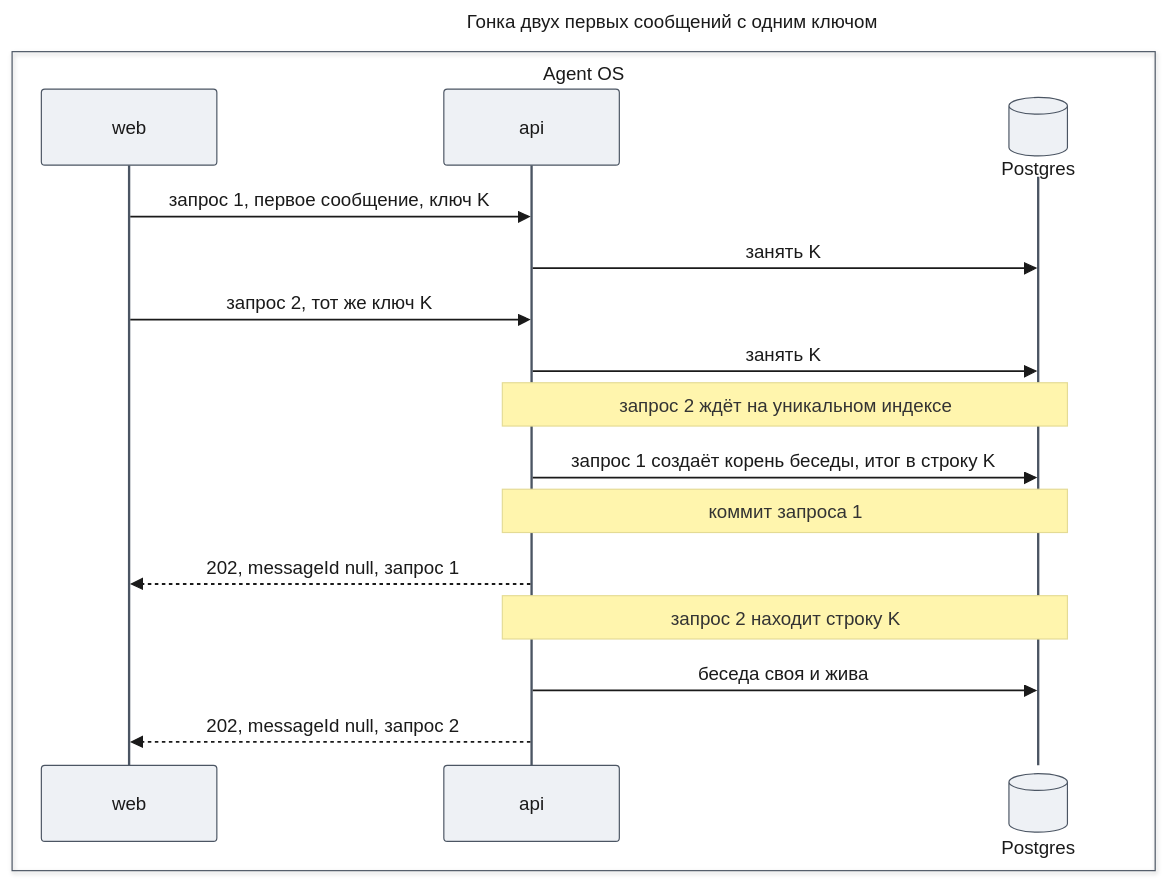
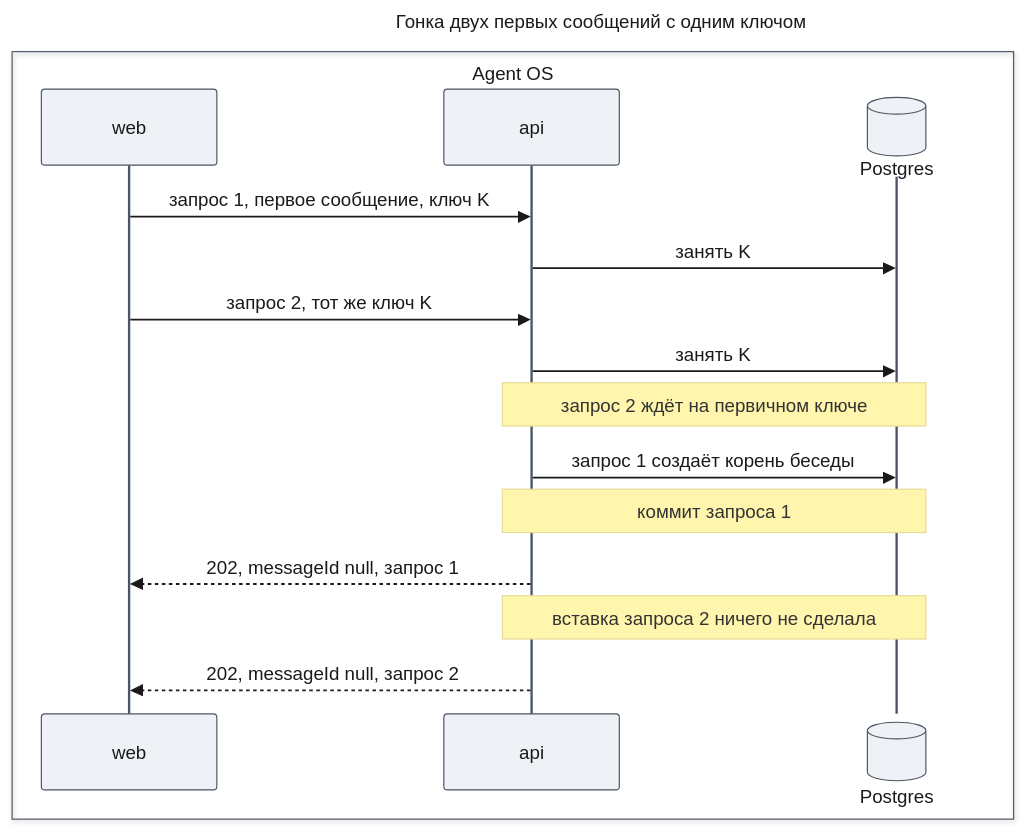
Before and after one commit to tundraray/agent-os: the fifth of 5 diagrams in docs/features/runtime-fixes/design-send.md, drawn with Mermaid. The commit also changed other lines of this file and 3 other files, not shown here.

````diff
--- a/docs/features/runtime-fixes/design-send.md
+++ b/docs/features/runtime-fixes/design-send.md
@@ -327,41 +309,39 @@
 ```mermaid
 ---
 title: "Гонка двух первых сообщений с одним ключом"
 config:
   theme: base
   look: classic
   themeVariables:
     primaryColor: "#eef1f5"
     primaryBorderColor: "#4b5563"
     primaryTextColor: "#1a1a1a"
     lineColor: "#6b7280"
   themeCSS: |
-    @keyframes lit_f2send{0%,11.25%{stroke:#991b1b;stroke-width:6px}12.5%,100%{stroke:#37474f;stroke-width:2px}}
-    @keyframes litr_f2send{0%,11.25%{stroke:#1d4ed8;stroke-width:6px}12.5%,100%{stroke:#37474f;stroke-width:2px}}
-    .messageLine0[data-id='i0'],.messageLine1[data-id='i0']{animation:lit_f2send 9.6s linear 0s infinite}
-    .messageLine0[data-id='i1'],.messageLine1[data-id='i1']{animation:lit_f2send 9.6s linear 1.2s infinite}
-    .messageLine0[data-id='i2'],.messageLine1[data-id='i2']{animation:lit_f2send 9.6s linear 2.4s infinite}
-    .messageLine0[data-id='i3'],.messageLine1[data-id='i3']{animation:lit_f2send 9.6s linear 3.6s infinite}
-    .messageLine0[data-id='i5'],.messageLine1[data-id='i5']{animation:lit_f2send 9.6s linear 4.8s infinite}
-    .messageLine0[data-id='i7'],.messageLine1[data-id='i7']{animation:litr_f2send 9.6s linear 6s infinite}
-    .messageLine0[data-id='i9'],.messageLine1[data-id='i9']{animation:litr_f2send 9.6s linear 7.2s infinite}
-    .messageLine0[data-id='i10'],.messageLine1[data-id='i10']{animation:litr_f2send 9.6s linear 8.4s infinite}
+    @keyframes lit_f2send{0%,12.86%{stroke:#991b1b;stroke-width:6px}14.29%,100%{stroke:#37474f;stroke-width:2px}}
+    @keyframes litr_f2send{0%,12.86%{stroke:#1d4ed8;stroke-width:6px}14.29%,100%{stroke:#37474f;stroke-width:2px}}
+    .messageLine0[data-id='i0'],.messageLine1[data-id='i0']{animation:lit_f2send 8.4s linear 0s infinite}
+    .messageLine0[data-id='i1'],.messageLine1[data-id='i1']{animation:lit_f2send 8.4s linear 1.2s infinite}
+    .messageLine0[data-id='i2'],.messageLine1[data-id='i2']{animation:lit_f2send 8.4s linear 2.4s infinite}
+    .messageLine0[data-id='i3'],.messageLine1[data-id='i3']{animation:lit_f2send 8.4s linear 3.6s infinite}
+    .messageLine0[data-id='i5'],.messageLine1[data-id='i5']{animation:lit_f2send 8.4s linear 4.8s infinite}
+    .messageLine0[data-id='i7'],.messageLine1[data-id='i7']{animation:litr_f2send 8.4s linear 6s infinite}
+    .messageLine0[data-id='i9'],.messageLine1[data-id='i9']{animation:litr_f2send 8.4s linear 7.2s infinite}
 ---
 sequenceDiagram
     box Agent OS
         participant Web as web
         participant Api as api
         participant DB@{ "type": "database" } as Postgres
     end
     Web->>Api: запрос 1, первое сообщение, ключ K
     Api->>DB: занять K
     Web->>Api: запрос 2, тот же ключ K
     Api->>DB: занять K
-    Note over Api,DB: запрос 2 ждёт на уникальном индексе
-    Api->>DB: запрос 1 создаёт корень беседы, итог в строку K
+    Note over Api,DB: запрос 2 ждёт на первичном ключе
+    Api->>DB: запрос 1 создаёт корень беседы
     Note over Api,DB: коммит запроса 1
     Api-->>Web: 202, messageId null, запрос 1
-    Note over Api,DB: запрос 2 находит строку K
-    Api->>DB: беседа своя и жива
+    Note over Api,DB: вставка запроса 2 ничего не сделала
     Api-->>Web: 202, messageId null, запрос 2
 ```
````
